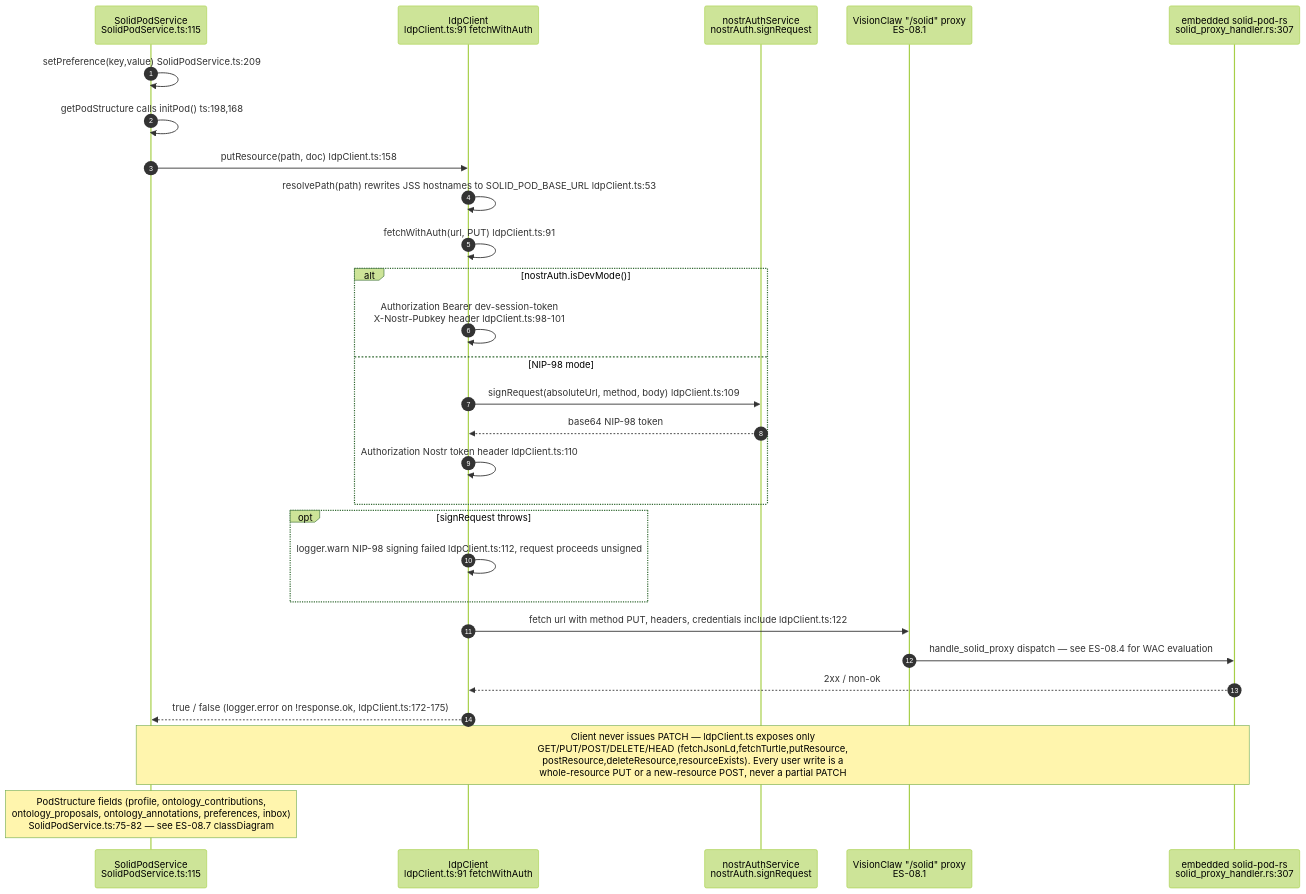
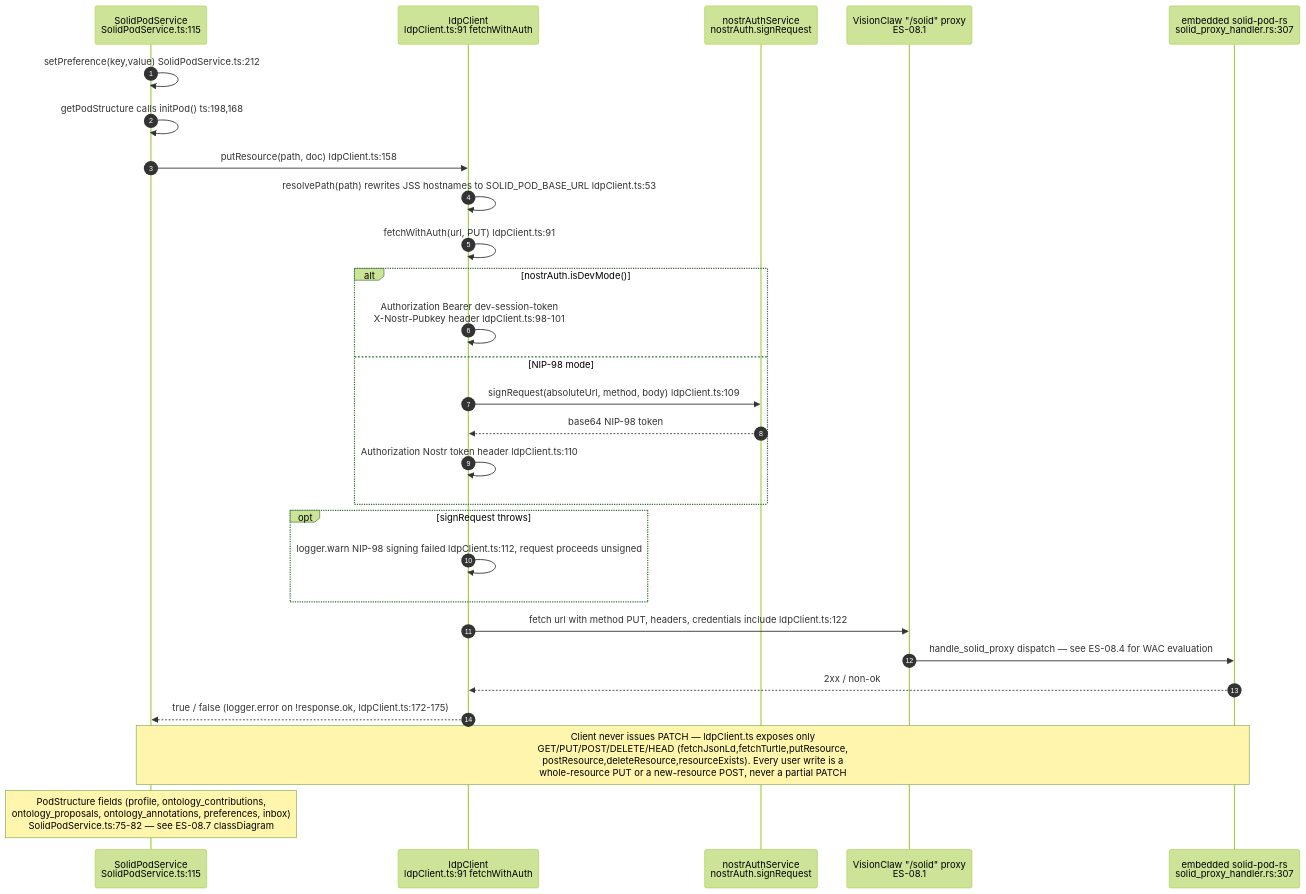
The third of 10 diagrams in docs/diagrams/estate/08-solid-pod-estate.md (DreamLab-AI/AR-AI-Knowledge-Graph), drawn with Mermaid (forest theme) before and after one commit. The commit also changed other lines of this file and 73 other files, not shown here.

First line of the commit message:
docs(diagrams): re-verify all 71 topic files against HEAD; add --cite-check

````diff
--- a/docs/diagrams/estate/08-solid-pod-estate.md
+++ b/docs/diagrams/estate/08-solid-pod-estate.md
@@ -122,34 +124,34 @@
 ```mermaid
 sequenceDiagram
     autonumber
     participant UI as SolidPodService<br/>SolidPodService.ts:115
     participant LDP as ldpClient<br/>ldpClient.ts:91 fetchWithAuth
     participant NA as nostrAuthService<br/>nostrAuth.signRequest
     participant PROXY as VisionClaw "/solid" proxy<br/>ES-08.1
     participant SRV as embedded solid-pod-rs<br/>solid_proxy_handler.rs:307
 
-    UI->>UI: setPreference(key,value) SolidPodService.ts:209
+    UI->>UI: setPreference(key,value) SolidPodService.ts:212
     UI->>UI: getPodStructure calls initPod() ts:198,168
     UI->>LDP: putResource(path, doc) ldpClient.ts:158
     LDP->>LDP: resolvePath(path) rewrites JSS hostnames to SOLID_POD_BASE_URL ldpClient.ts:53
     LDP->>LDP: fetchWithAuth(url, PUT) ldpClient.ts:91
 
     alt nostrAuth.isDevMode()
         LDP->>LDP: Authorization Bearer dev-session-token<br/>X-Nostr-Pubkey header ldpClient.ts:98-101
     else NIP-98 mode
         LDP->>NA: signRequest(absoluteUrl, method, body) ldpClient.ts:109
         NA-->>LDP: base64 NIP-98 token
         LDP->>LDP: Authorization Nostr token header ldpClient.ts:110
     end
     opt signRequest throws
         LDP->>LDP: logger.warn NIP-98 signing failed ldpClient.ts:112, request proceeds unsigned
     end
 
     LDP->>PROXY: fetch url with method PUT, headers, credentials include ldpClient.ts:122
     PROXY->>SRV: handle_solid_proxy dispatch — see ES-08.4 for WAC evaluation
     SRV-->>LDP: 2xx / non-ok
     LDP-->>UI: true / false (logger.error on !response.ok, ldpClient.ts:172-175)
 
     Note over UI,SRV: Client never issues PATCH — ldpClient.ts exposes only<br/>GET/PUT/POST/DELETE/HEAD (fetchJsonLd,fetchTurtle,putResource,<br/>postResource,deleteResource,resourceExists). Every user write is a<br/>whole-resource PUT or a new-resource POST, never a partial PATCH
     Note over UI: PodStructure fields (profile, ontology_contributions,<br/>ontology_proposals, ontology_annotations, preferences, inbox)<br/>SolidPodService.ts:75-82 — see ES-08.7 classDiagram
 ```
````
